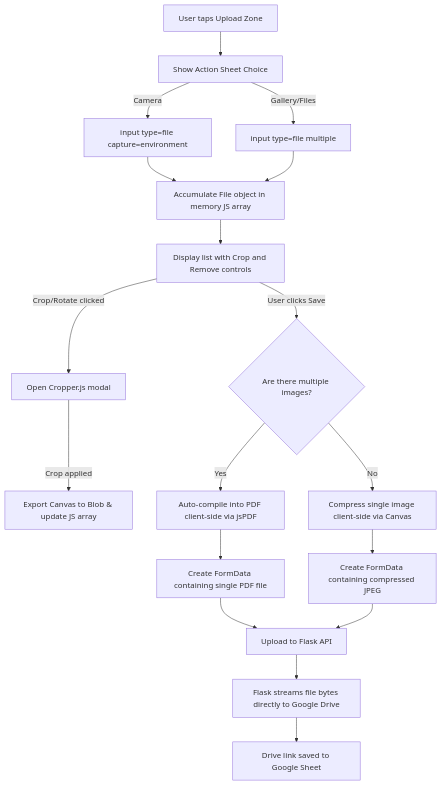
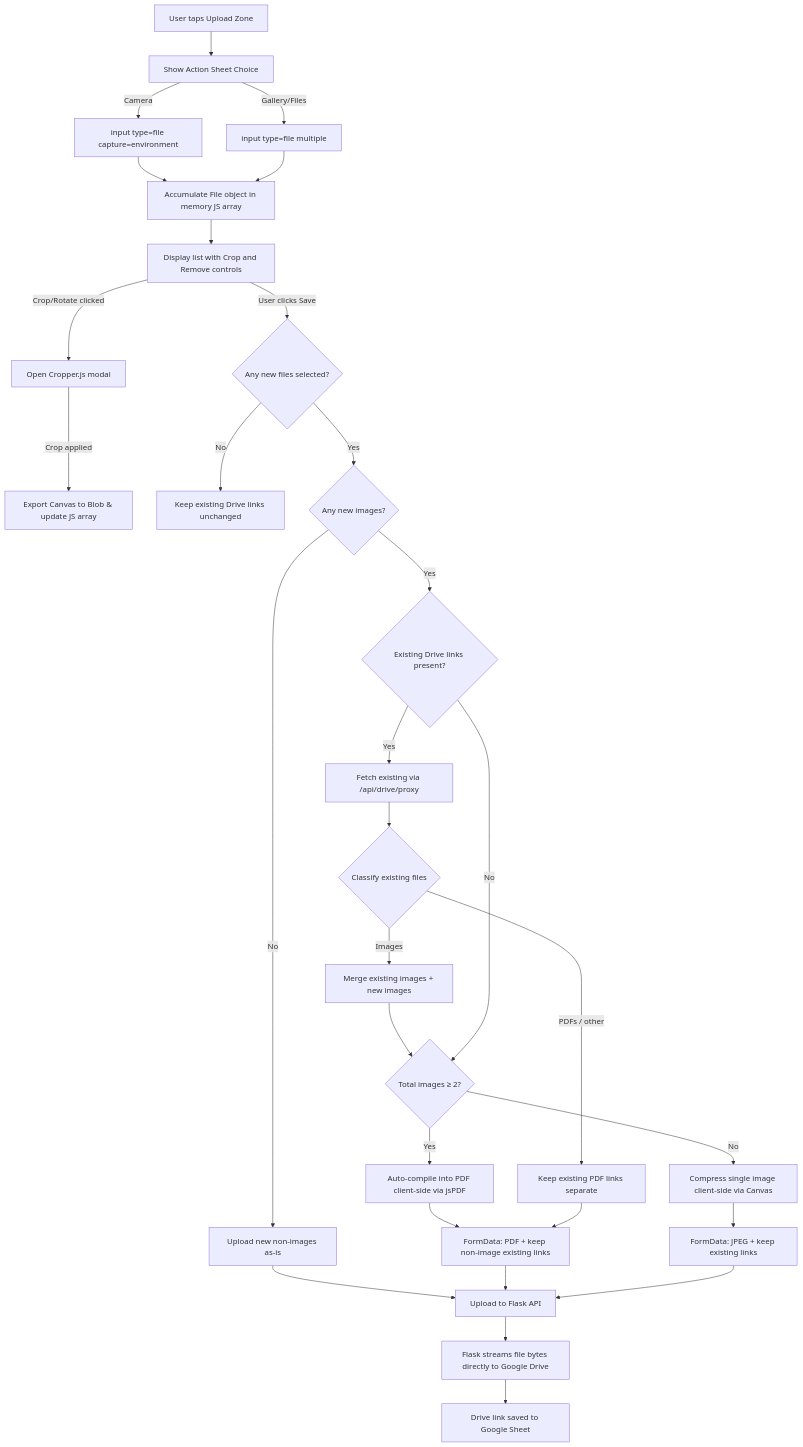
The diagram in DEVELOPER.md (SachinKalsi/nammane), drawn with Mermaid before and after one commit. The commit also changed other lines of this file and 5 other files, not shown here.

First line of the commit message:
Fix incremental photo→PDF merges on edit and name proxy downloads from record fields.

````diff
--- a/DEVELOPER.md
+++ b/DEVELOPER.md
@@ -182,20 +184,32 @@
 ```mermaid
 graph TD
     A[User taps Upload Zone] --> B[Show Action Sheet Choice]
     B -->|Camera| C[input type=file capture=environment]
     B -->|Gallery/Files| D[input type=file multiple]
     C --> E[Accumulate File object in memory JS array]
     D --> E
     E --> F[Display list with Crop and Remove controls]
     F -->|Crop/Rotate clicked| G[Open Cropper.js modal]
     G -->|Crop applied| H[Export Canvas to Blob & update JS array]
-    F -->|User clicks Save| I{Are there multiple images?}
+    F -->|User clicks Save| Q{Any new files selected?}
+    Q -->|No| P[Keep existing Drive links unchanged]
+    Q -->|Yes| R{Any new images?}
+    R -->|No| S[Upload new non-images as-is]
+    R -->|Yes| T{Existing Drive links present?}
+    T -->|Yes| U[Fetch existing via /api/drive/proxy]
+    U --> V{Classify existing files}
+    V -->|Images| W[Merge existing images + new images]
+    V -->|PDFs / other| X[Keep existing PDF links separate]
+    W --> I{Total images ≥ 2?}
+    T -->|No| I
     I -->|Yes| J[Auto-compile into PDF client-side via jsPDF]
     I -->|No| K[Compress single image client-side via Canvas]
-    J --> L[Create FormData containing single PDF file]
-    K --> M[Create FormData containing compressed JPEG]
-    L --> N[Upload to Flask API]
+    J --> L[FormData: PDF + keep non-image existing links]
+    K --> M[FormData: JPEG + keep existing links]
+    X --> L
+    S --> N[Upload to Flask API]
+    L --> N
     M --> N
     N --> O[Flask streams file bytes directly to Google Drive]
-    O --> P[Drive link saved to Google Sheet]
+    O --> P2[Drive link saved to Google Sheet]
 ```
````
